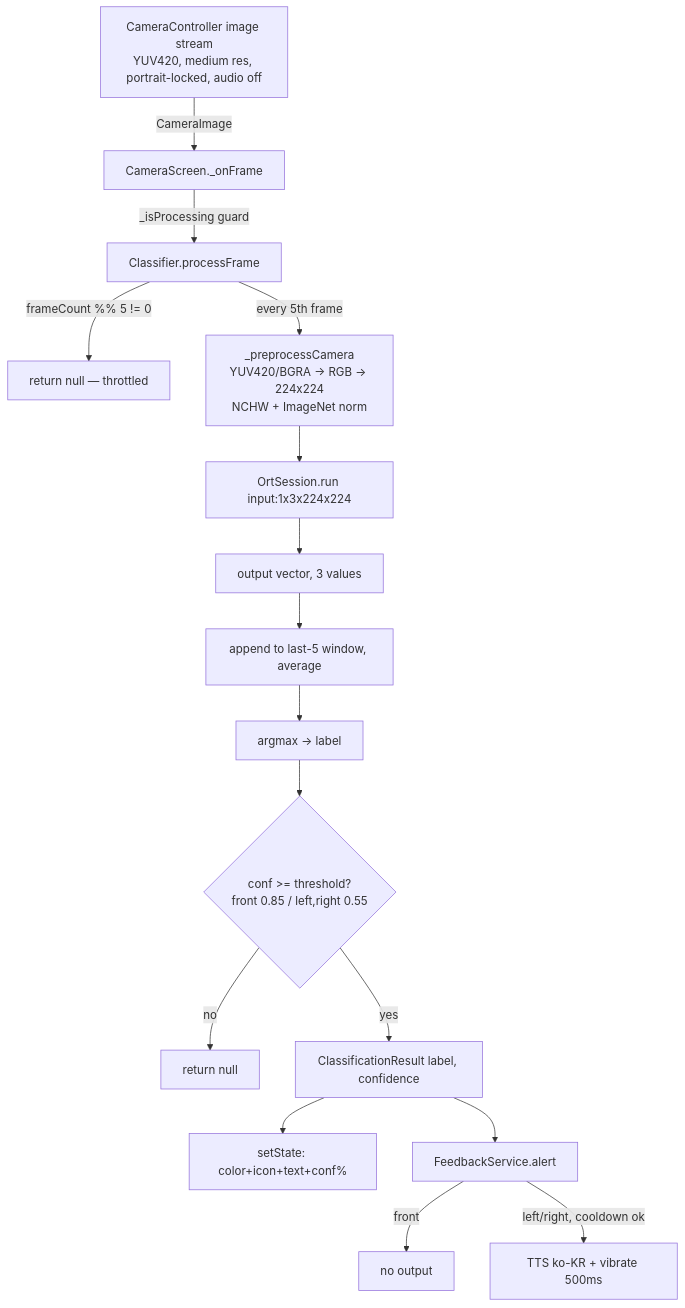
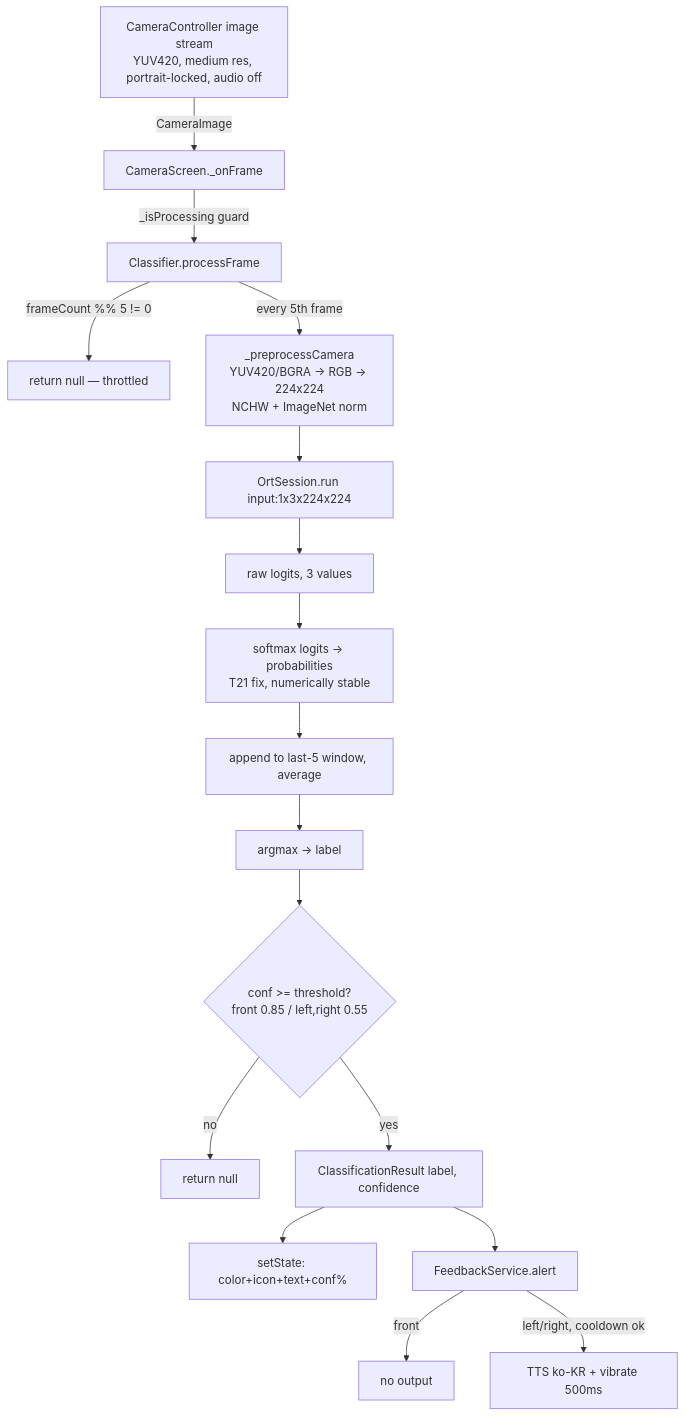
Before and after one commit to ssong2332/crossWalk: the diagram in docs/Architecture.md, drawn with Mermaid. The commit also changed other lines of this file and 3 other files, not shown here.

First line of the commit message:
docs: T10/README/CHANGELOG/Architecture 갱신 반영 (#8)

````diff
--- a/docs/Architecture.md
+++ b/docs/Architecture.md
@@ -110,18 +110,19 @@
 ```mermaid
 flowchart TD
   CAM[CameraController image stream<br/>YUV420, medium res, portrait-locked, audio off] -->|CameraImage| ONF[CameraScreen._onFrame]
   ONF -->|_isProcessing guard| CLS[Classifier.processFrame]
   CLS -->|frameCount %% 5 != 0| SKIP[return null — throttled]
   CLS -->|every 5th frame| PRE[_preprocessCamera<br/>YUV420/BGRA -> RGB -> 224x224<br/>NCHW + ImageNet norm]
   PRE --> ORT[OrtSession.run input:1x3x224x224]
-  ORT --> OUT[output vector, 3 values]
-  OUT --> SMOOTH[append to last-5 window, average]
+  ORT --> OUT[raw logits, 3 values]
+  OUT --> SOFTMAX[softmax logits -> probabilities<br/>T21 fix, numerically stable]
+  SOFTMAX --> SMOOTH[append to last-5 window, average]
   SMOOTH --> ARGMAX[argmax -> label]
   ARGMAX --> TH{conf >= threshold?<br/>front 0.85 / left,right 0.55}
   TH -->|no| NULL[return null]
   TH -->|yes| RES[ClassificationResult label, confidence]
   RES --> UI[setState: color+icon+text+conf%]
   RES --> FB[FeedbackService.alert]
   FB -->|front| SILENT[no output]
   FB -->|left/right, cooldown ok| TTS[TTS ko-KR + vibrate 500ms]
 ```
````
